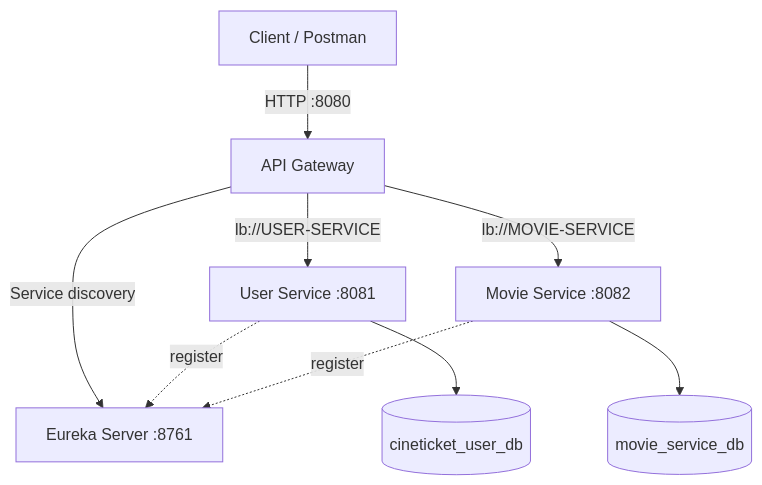
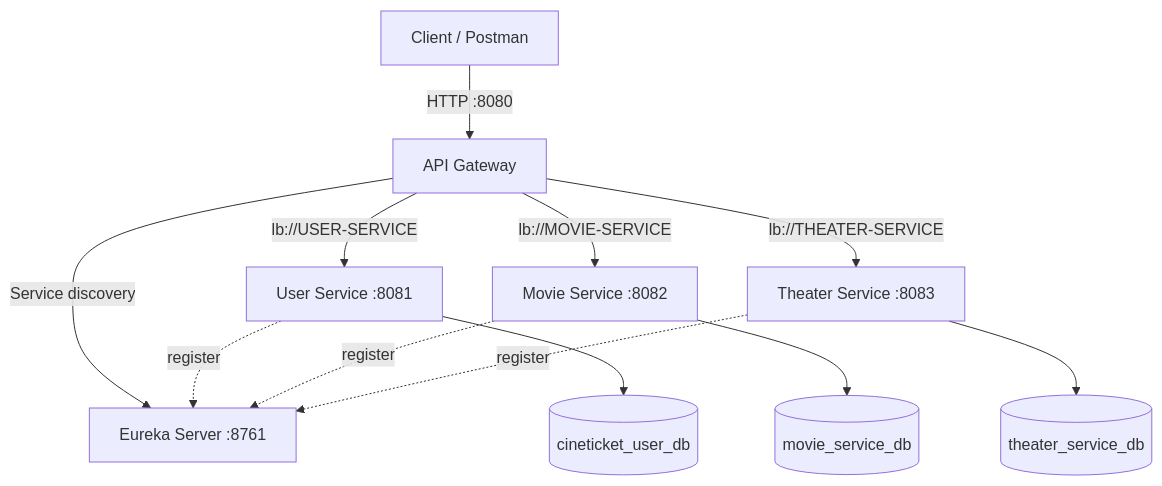
The diagram in README.md (kashboinasandeep/seatsync-microservices), drawn with Mermaid before and after one commit. The commit also changed other lines of this file, not shown here.

Commit message:
docs: update README with Theater Service implementation

````diff
--- a/README.md
+++ b/README.md
@@ -44,11 +44,14 @@
 ```mermaid
 flowchart TD
     C[Client / Postman] -->|HTTP :8080| G[API Gateway]
     G -->|Service discovery| E[Eureka Server :8761]
     G -->|lb://USER-SERVICE| U[User Service :8081]
     G -->|lb://MOVIE-SERVICE| M[Movie Service :8082]
+    G -->|lb://THEATER-SERVICE| T[Theater Service :8083]
     U --> UDB[(cineticket_user_db)]
     M --> MDB[(movie_service_db)]
+    T --> TDB[(theater_service_db)]
     U -. register .-> E
     M -. register .-> E
+    T -. register .-> E
 ```
````
